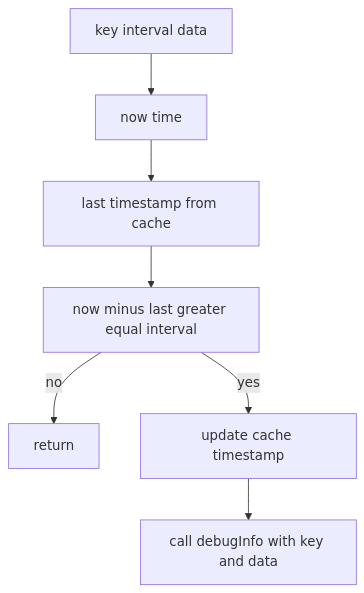
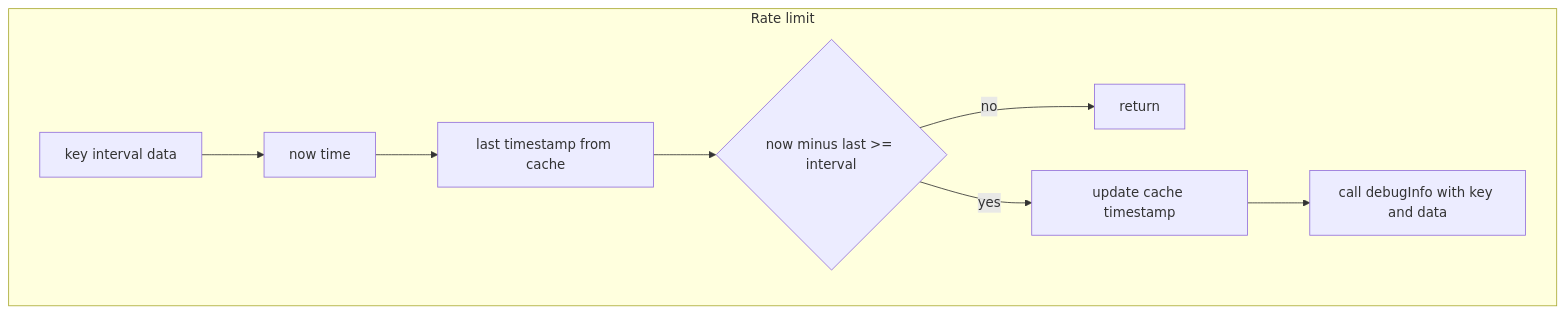
One commit to Gh0st352/AETHR changed the second of 3 diagrams in docs/utils/debug_and_logging.md. Above: the diagram before and after it, drawn with Mermaid. The commit also changed other lines of this file and 7 other files, not shown here.

First line of the commit message:
docs(utils, mermaid): normalize diagrams, restructure subgraphs and standardize classes

````diff
--- a/docs/utils/debug_and_logging.md
+++ b/docs/utils/debug_and_logging.md
@@ -23,9 +31,18 @@
 ```mermaid
+%% shared theme: docs/_mermaid/theme.json %%
 flowchart TD
+subgraph "Rate limit"
   K[key interval data] --> NOW[now time]
   NOW --> LAST[last timestamp from cache]
-  LAST --> GAP[now minus last greater equal interval]
-  GAP -->|no| EXIT[return]
-  GAP -->|yes| SET[update cache timestamp]
+  LAST --> GAP{now minus last >= interval}
+  GAP -- "no" --> EXIT[return]
+  GAP -- "yes" --> SET[update cache timestamp]
   SET --> CALL[call debugInfo with key and data]
+end
+
+class K class_io;
+class NOW,LAST class_data;
+class GAP class_decision;
+class SET,CALL class_compute;
+class EXIT class_result;
 ```
````
